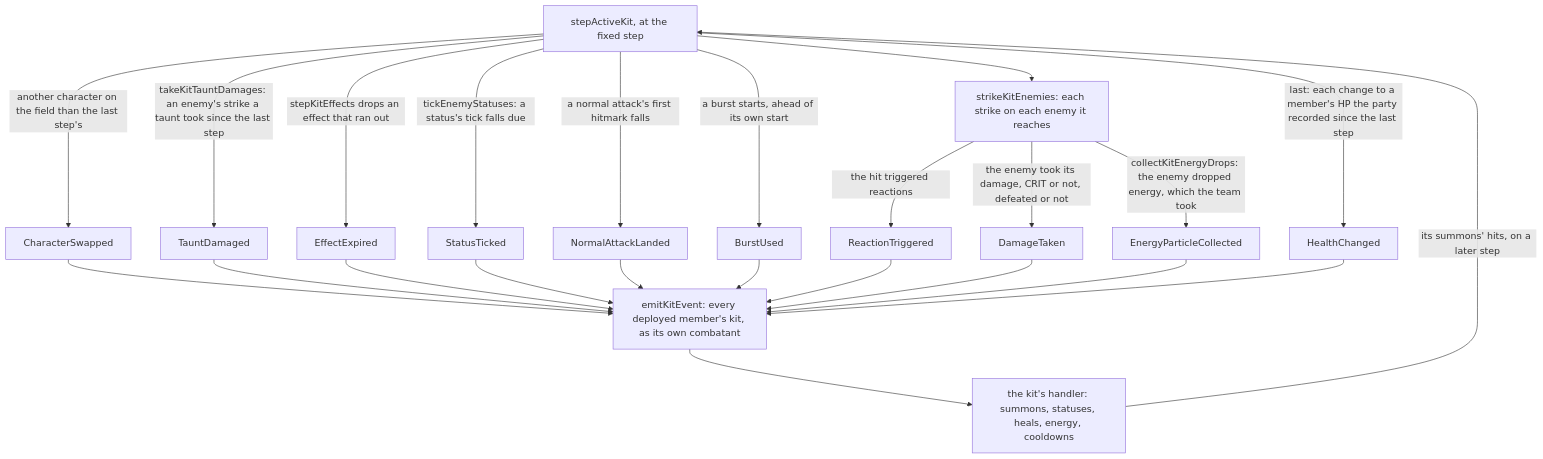
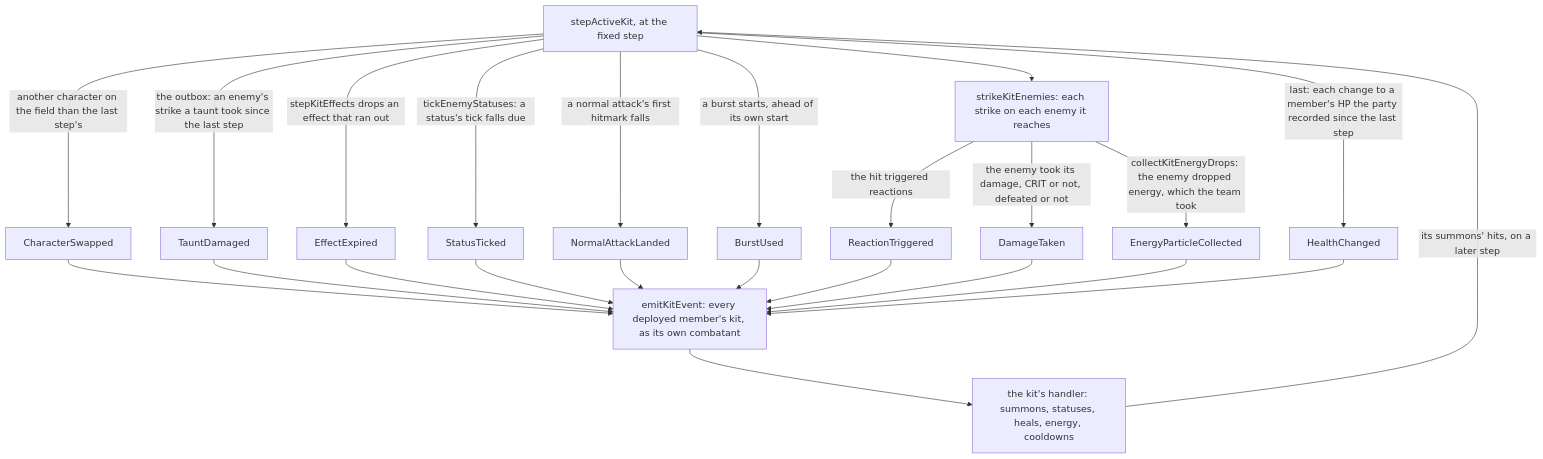
Before and after one commit to Esposter/Esposter: the third of 3 diagrams in apps/web/content/docs/genshin/kits/index.md, drawn with Mermaid. The commit also changed other lines of this file and 233 other files, not shown here.

First line of the commit message:
refactor(genshin-world): one KitContext and its outbox replace the five partial contexts

````diff
--- a/apps/web/content/docs/genshin/kits/index.md
+++ b/apps/web/content/docs/genshin/kits/index.md
@@ -73,26 +73,26 @@
 ```mermaid
 flowchart TD
   STEP["stepActiveKit, at the fixed step"] -->|"another character on the field than the last step's"| SWAP["CharacterSwapped"]
-  STEP -->|"takeKitTauntDamages: an enemy's strike a taunt took since the last step"| TAUNT["TauntDamaged"]
+  STEP -->|"the outbox: an enemy's strike a taunt took since the last step"| TAUNT["TauntDamaged"]
   STEP -->|"stepKitEffects drops an effect that ran out"| EXPIRED["EffectExpired"]
   STEP -->|"tickEnemyStatuses: a status's tick falls due"| TICK["StatusTicked"]
   STEP -->|"a normal attack's first hitmark falls"| LANDED["NormalAttackLanded"]
   STEP -->|"a burst starts, ahead of its own start"| BURST["BurstUsed"]
   STEP --> STRIKES["strikeKitEnemies: each strike on each enemy it reaches"]
   STRIKES -->|"the hit triggered reactions"| REACTION["ReactionTriggered"]
   STRIKES -->|"the enemy took its damage, CRIT or not, defeated or not"| DAMAGE["DamageTaken"]
   STRIKES -->|"collectKitEnergyDrops: the enemy dropped energy, which the team took"| PARTICLE["EnergyParticleCollected"]
   STEP -->|"last: each change to a member's HP the party recorded since the last step"| HEALTH["HealthChanged"]
   SWAP --> EMIT["emitKitEvent: every deployed member's kit, as its own combatant"]
   TAUNT --> EMIT
   EXPIRED --> EMIT
   TICK --> EMIT
   LANDED --> EMIT
   BURST --> EMIT
   REACTION --> EMIT
   DAMAGE --> EMIT
   PARTICLE --> EMIT
   HEALTH --> EMIT
   EMIT --> EFFECTS["the kit's handler: summons, statuses, heals, energy, cooldowns"]
   EFFECTS -->|"its summons' hits, on a later step"| STEP
 ```
````
